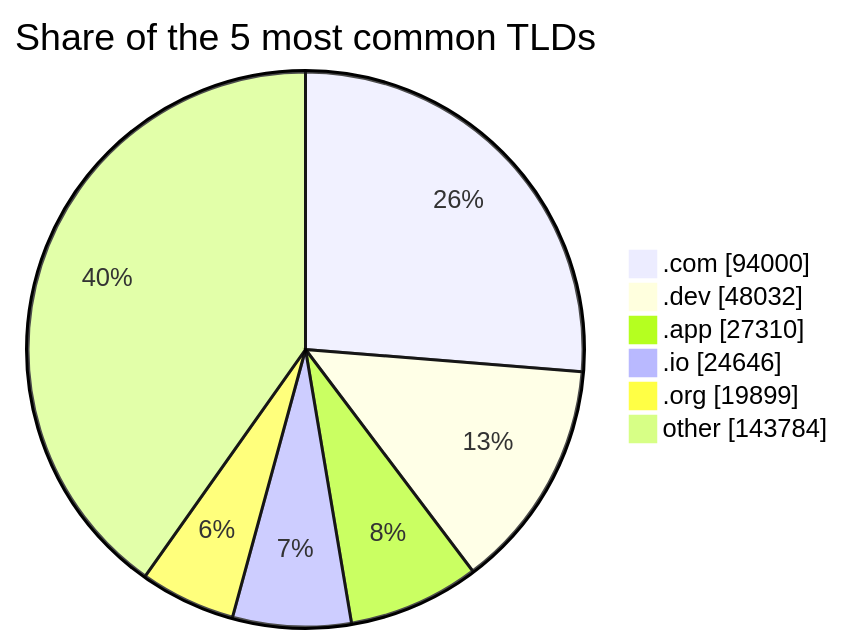
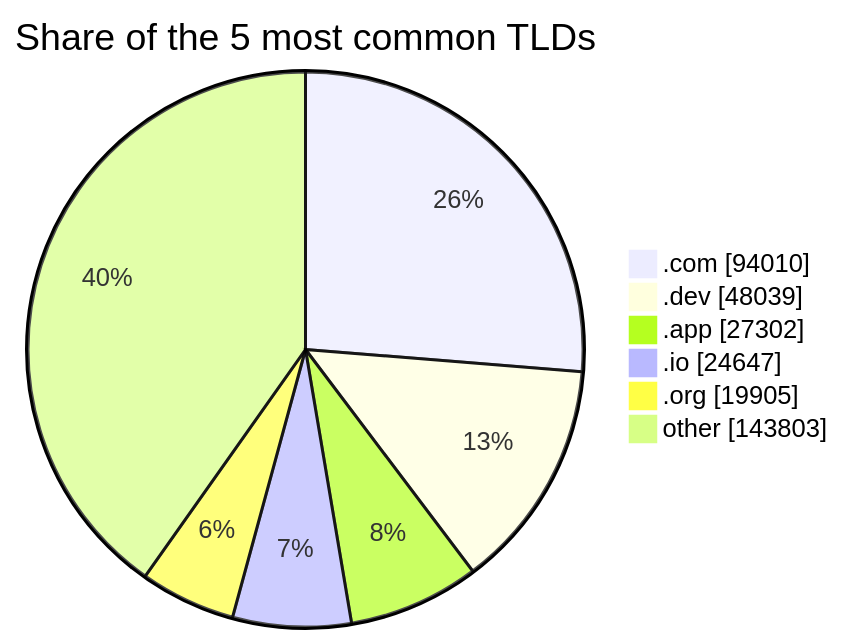
One commit to DNSBunker/CTI changed the third of 3 diagrams in README.md. Above: the diagram before and after it, drawn with Mermaid. The commit also changed other lines of this file and 3 other files, not shown here.

````diff
--- a/README.md
+++ b/README.md
@@ -81,9 +81,9 @@
 ```mermaid
 pie showData title Share of the 5 most common TLDs
-    ".com" : 94000
-    ".dev" : 48032
-    ".app" : 27310
-    ".io" : 24646
-    ".org" : 19899
-    "other" : 143784
+    ".com" : 94010
+    ".dev" : 48039
+    ".app" : 27302
+    ".io" : 24647
+    ".org" : 19905
+    "other" : 143803
 ```
````
